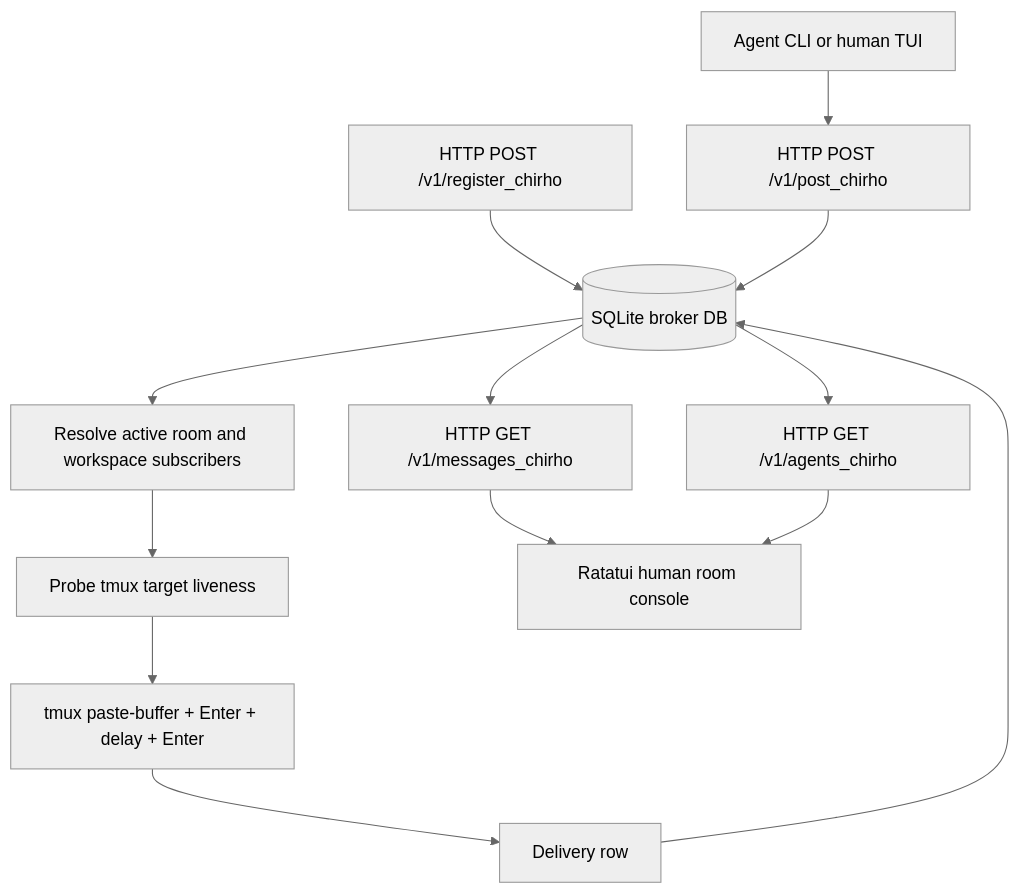
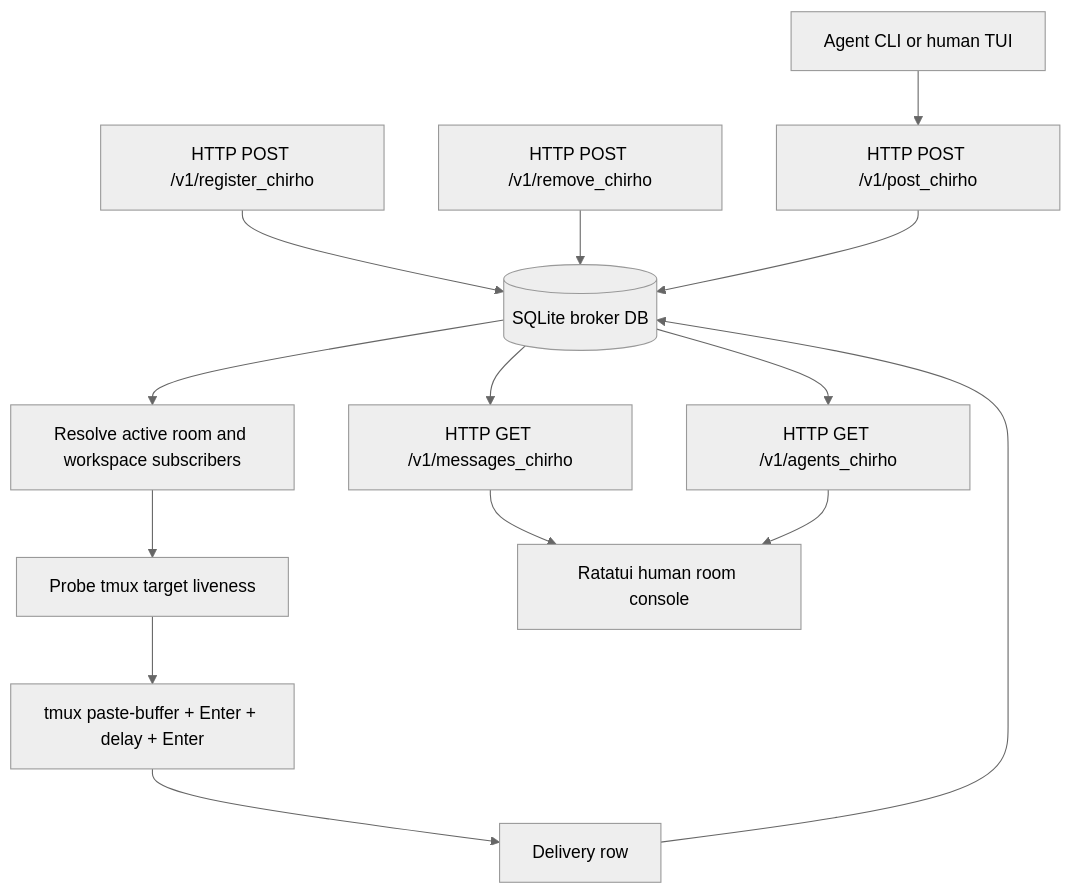
Before and after one commit to loveJesus/metropoleluya-chirho: the diagram in spec-chirho/workflows-chirho/metropoleluya-http-broker-flow-chirho.md, drawn with Mermaid (neutral theme). The commit also changed other lines of this file and 7 other files, not shown here.

````diff
--- a/spec-chirho/workflows-chirho/metropoleluya-http-broker-flow-chirho.md
+++ b/spec-chirho/workflows-chirho/metropoleluya-http-broker-flow-chirho.md
@@ -5,15 +5,16 @@
 ```mermaid
 flowchart TD
     agent_chirho[Agent CLI or human TUI] --> post_chirho[HTTP POST /v1/post_chirho]
     register_chirho[HTTP POST /v1/register_chirho] --> db_chirho[(SQLite broker DB)]
+    remove_chirho[HTTP POST /v1/remove_chirho] --> db_chirho
     post_chirho --> db_chirho
     db_chirho --> select_chirho[Resolve active room and workspace subscribers]
     select_chirho --> live_chirho[Probe tmux target liveness]
     live_chirho --> deliver_chirho[tmux paste-buffer + Enter + delay + Enter]
     deliver_chirho --> delivery_log_chirho[Delivery row]
     delivery_log_chirho --> db_chirho
     db_chirho --> watch_chirho[HTTP GET /v1/messages_chirho]
     db_chirho --> agents_chirho[HTTP GET /v1/agents_chirho]
     watch_chirho --> board_chirho[Ratatui human room console]
     agents_chirho --> board_chirho
 ```
````
